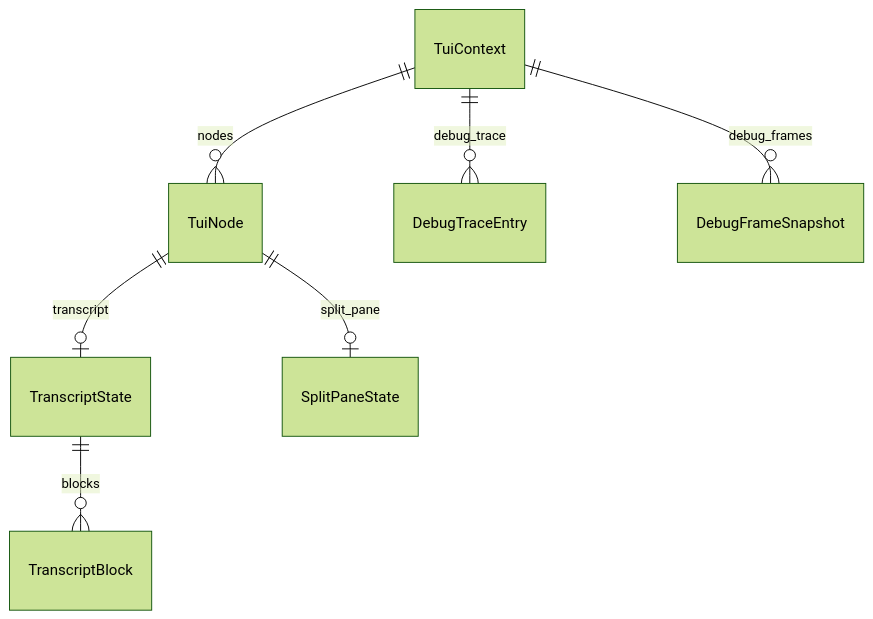
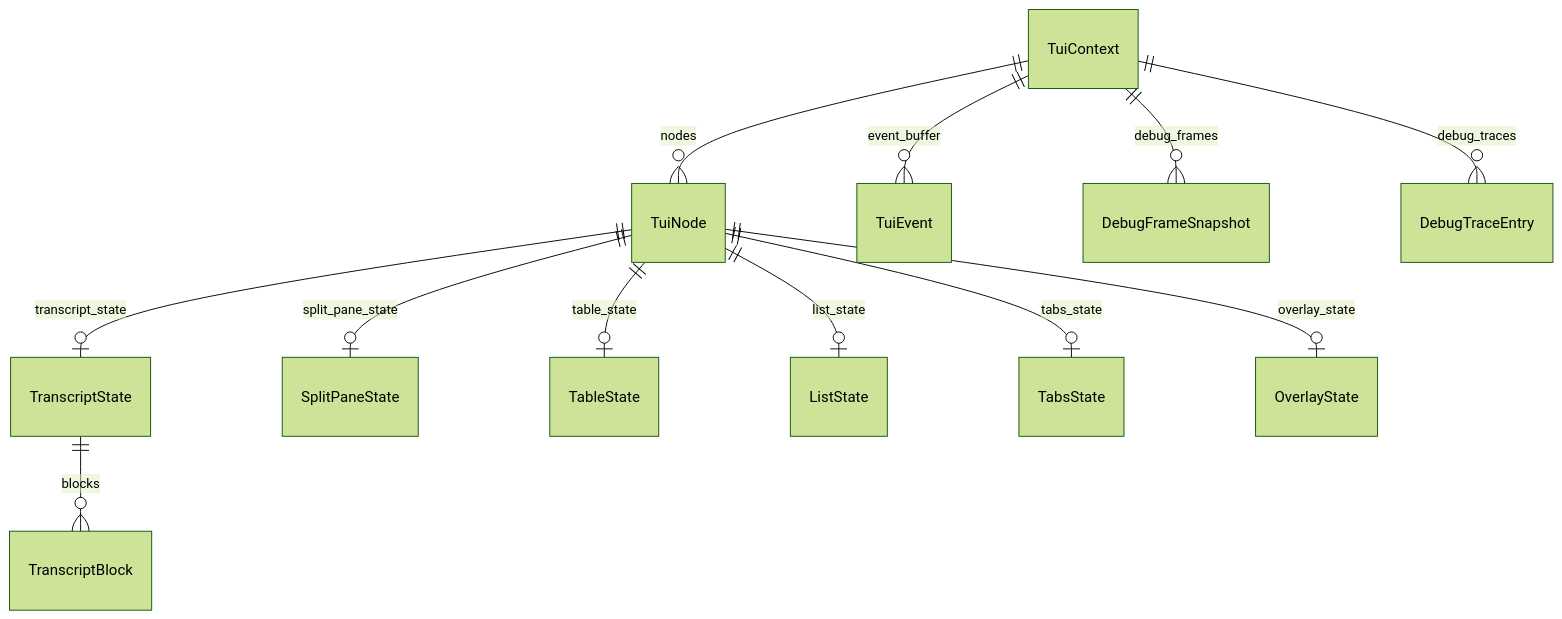
One commit to openkraken-ai/kraken-tui changed the diagram in docs/TechSpec.md. Above: the diagram before and after it, drawn with Mermaid (forest theme). The commit also changed other lines of this file and 21 other files, not shown here.

````diff
--- a/docs/TechSpec.md
+++ b/docs/TechSpec.md
@@ -257,9 +128,14 @@
 ```mermaid
 erDiagram
     TuiContext ||--o{ TuiNode : nodes
-    TuiNode ||--o| TranscriptState : transcript
-    TuiNode ||--o| SplitPaneState : split_pane
+    TuiContext ||--o{ TuiEvent : event_buffer
+    TuiContext ||--o{ DebugFrameSnapshot : debug_frames
+    TuiContext ||--o{ DebugTraceEntry : debug_traces
+    TuiNode ||--o| TranscriptState : transcript_state
+    TuiNode ||--o| SplitPaneState : split_pane_state
+    TuiNode ||--o| TableState : table_state
+    TuiNode ||--o| ListState : list_state
+    TuiNode ||--o| TabsState : tabs_state
+    TuiNode ||--o| OverlayState : overlay_state
     TranscriptState ||--o{ TranscriptBlock : blocks
-    TuiContext ||--o{ DebugTraceEntry : debug_trace
-    TuiContext ||--o{ DebugFrameSnapshot : debug_frames
 ```
````
